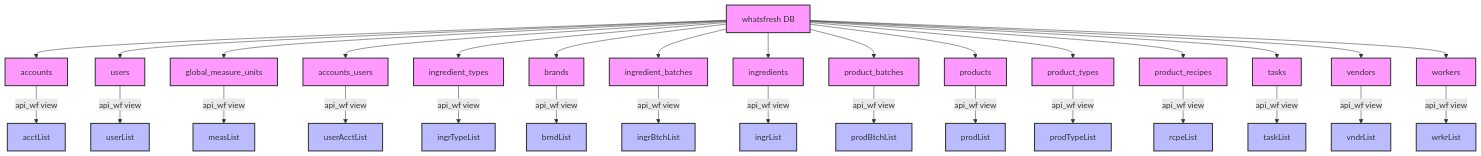
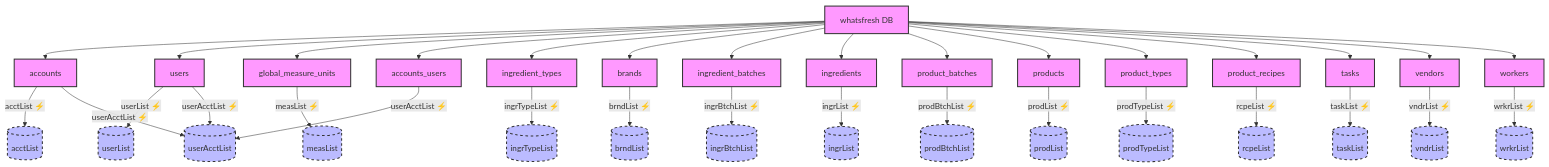
Before and after one commit to pchambless/whatsfresh-docs: the diagram in server/database/MySQL.mmd, drawn with Mermaid.

Commit message:
Mermaid Database enhancement

```diff
--- a/server/database/MySQL.mmd
+++ b/server/database/MySQL.mmd
@@ -1,57 +1,59 @@
 graph TD
     %% whatsfresh database tables
     whatsfresh[whatsfresh DB]
     accounts[accounts]
     users[users]
     measures[global_measure_units]
     acc_users[accounts_users]
     ingr_types[ingredient_types]
     brands[brands]
     ingr_batches[ingredient_batches]
     ingredients[ingredients]
     prod_batches[product_batches]
     products[products]
     prod_types[product_types]
     prod_recipes[product_recipes]
     tasks[tasks]
     vendors[vendors]
     workers[workers]
     
     %% Source relationships
     whatsfresh --> accounts
     whatsfresh --> users
     whatsfresh --> measures
     whatsfresh --> acc_users
     whatsfresh --> ingr_types
     whatsfresh --> brands
     whatsfresh --> ingr_batches
     whatsfresh --> ingredients
     whatsfresh --> prod_batches
     whatsfresh --> products
     whatsfresh --> prod_types
     whatsfresh --> prod_recipes
     whatsfresh --> tasks
     whatsfresh --> vendors
     whatsfresh --> workers
 
-    %% api_wf views
-    accounts --> |api_wf view|acctList
-    users --> |api_wf view|userList
-    measures --> |api_wf view|measList
-    acc_users --> |api_wf view|userAcctList
-    ingr_types --> |api_wf view|ingrTypeList
-    brands --> |api_wf view|brndList
-    ingr_batches --> |api_wf view|ingrBtchList
-    ingredients --> |api_wf view|ingrList
-    prod_batches --> |api_wf view|prodBtchList
-    products --> |api_wf view|prodList
-    prod_types --> |api_wf view|prodTypeList
-    prod_recipes --> |api_wf view|rcpeList
-    tasks --> |api_wf view|taskList
-    vendors --> |api_wf view|vndrList
-    workers --> |api_wf view|wrkrList
+    %% EventTypes (api_wf views)
+    accounts --> |"acctList ⚡"|acctList[("acctList")]
+    users --> |"userList ⚡"|userList[("userList")]
+    measures --> |"measList ⚡"|measList[("measList")]
+    ingr_types --> |"ingrTypeList ⚡"|ingrTypeList[("ingrTypeList")]
+    brands --> |"brndList ⚡"|brndList[("brndList")]
+    ingr_batches --> |"ingrBtchList ⚡"|ingrBtchList[("ingrBtchList")]
+    ingredients --> |"ingrList ⚡"|ingrList[("ingrList")]
+    prod_batches --> |"prodBtchList ⚡"|prodBtchList[("prodBtchList")]
+    products --> |"prodList ⚡"|prodList[("prodList")]
+    prod_types --> |"prodTypeList ⚡"|prodTypeList[("prodTypeList")]
+    prod_recipes --> |"rcpeList ⚡"|rcpeList[("rcpeList")]
+    tasks --> |"taskList ⚡"|taskList[("taskList")]
+    vendors --> |"vndrList ⚡"|vndrList[("vndrList")]
+    workers --> |"wrkrList ⚡"|wrkrList[("wrkrList")]
+
+    %% Complex EventTypes
+    users & acc_users & accounts --> |"userAcctList ⚡"|userAcctList[("userAcctList")]
 
     %% Styling
     classDef default fill:#f9f,stroke:#333,stroke-width:2px
-    classDef views fill:#bbf,stroke:#333,stroke-width:2px
-    class acctList,userList,measList,userAcctList,ingrTypeList,brndList,ingrBtchList,ingrList,prodBtchList,prodList,prodTypeList,rcpeList,taskList,vndrList,wrkrList views
+    classDef eventType fill:#bbf,stroke:#333,stroke-width:2px,stroke-dasharray: 5 5
+    class acctList,userList,measList,ingrTypeList,brndList,ingrBtchList,ingrList,prodBtchList,prodList,prodTypeList,rcpeList,taskList,vndrList,wrkrList,userAcctList eventType
```
